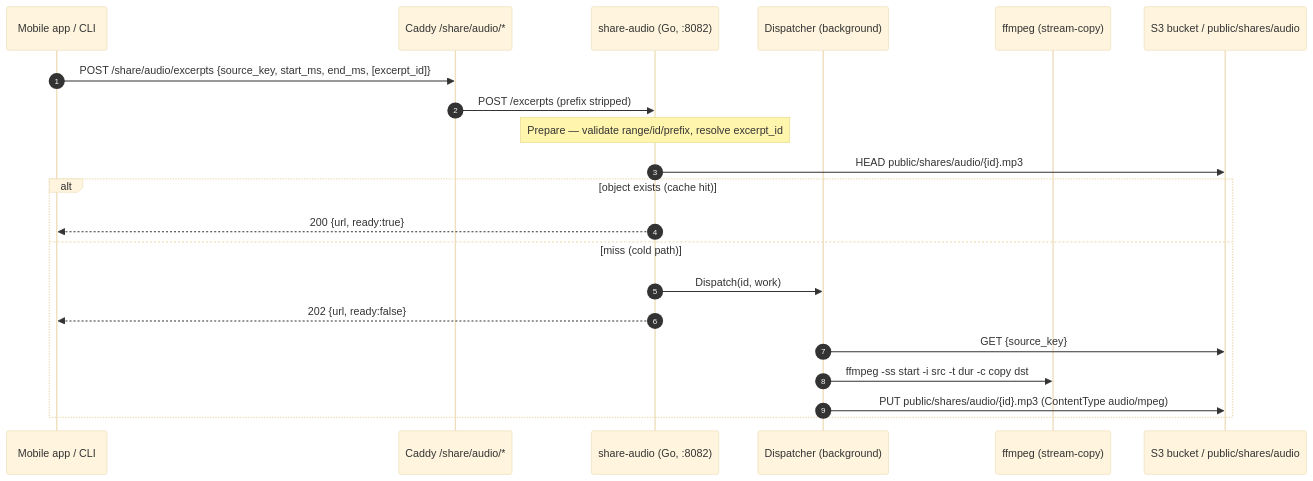
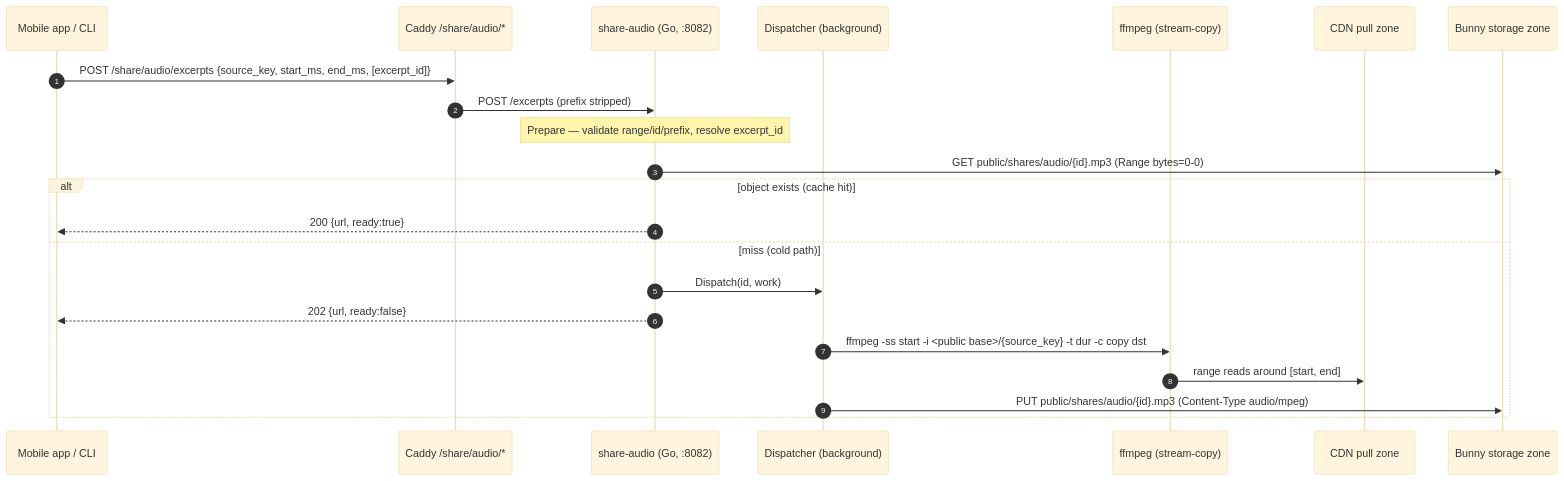
The first of 3 diagrams in docs/repos/shruti/modules/share-audio.md (jiva-studio/shruti), drawn with Mermaid (base theme) before and after one commit. The commit also changed other lines of this file and 23 other files, not shown here.

````diff
--- a/docs/repos/shruti/modules/share-audio.md
+++ b/docs/repos/shruti/modules/share-audio.md
@@ -66,24 +66,25 @@
 ```mermaid
 sequenceDiagram
     autonumber
     participant Client as Mobile app / CLI
     participant Caddy as Caddy /share/audio/*
     participant Svc as share-audio (Go, :8082)
     participant Disp as Dispatcher (background)
     participant FF as ffmpeg (stream-copy)
-    participant S3 as S3 bucket / public/shares/audio
+    participant CDN as CDN pull zone
+    participant Zone as Bunny storage zone
 
     Client->>Caddy: POST /share/audio/excerpts {source_key, start_ms, end_ms, [excerpt_id]}
     Caddy->>Svc: POST /excerpts (prefix stripped)
     Note over Svc: Prepare — validate range/id/prefix, resolve excerpt_id
-    Svc->>S3: HEAD public/shares/audio/{id}.mp3
+    Svc->>Zone: GET public/shares/audio/{id}.mp3 (Range bytes=0-0)
     alt object exists (cache hit)
         Svc-->>Client: 200 {url, ready:true}
     else miss (cold path)
         Svc->>Disp: Dispatch(id, work)
         Svc-->>Client: 202 {url, ready:false}
-        Disp->>S3: GET {source_key}
-        Disp->>FF: ffmpeg -ss start -i src -t dur -c copy dst
-        Disp->>S3: PUT public/shares/audio/{id}.mp3 (ContentType audio/mpeg)
+        Disp->>FF: ffmpeg -ss start -i <public base>/{source_key} -t dur -c copy dst
+        FF->>CDN: range reads around [start, end]
+        Disp->>Zone: PUT public/shares/audio/{id}.mp3 (Content-Type audio/mpeg)
     end
 ```
````
